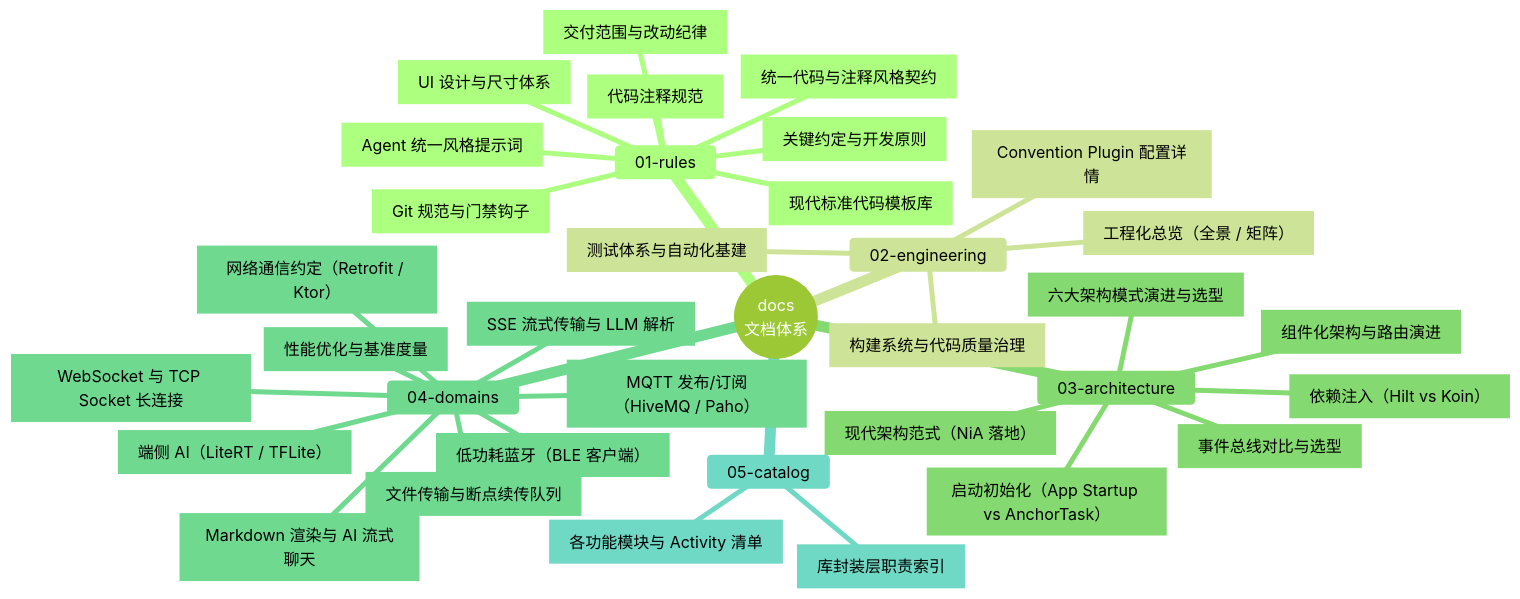
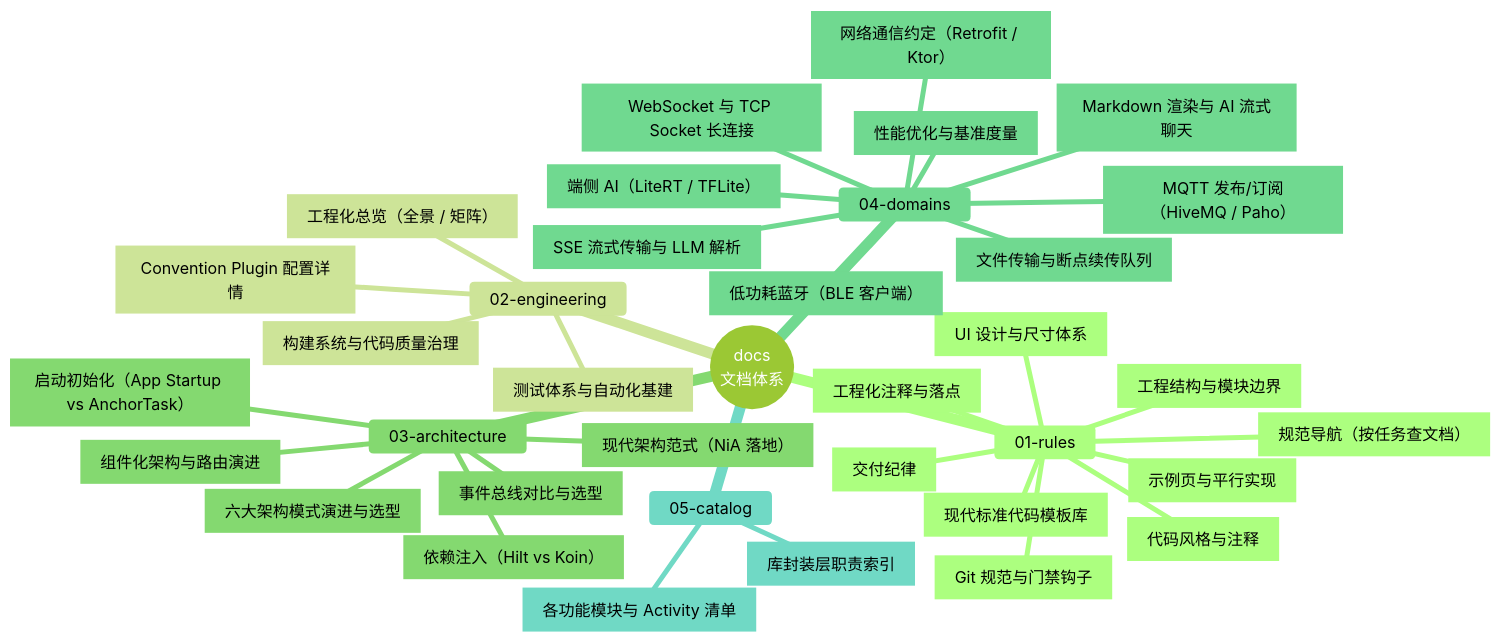
The diagram in docs/README.md (wuwei94/MyApplication), drawn with Mermaid (forest theme) before and after one commit. The commit also changed other lines of this file and 16 other files, not shown here.

````diff
--- a/docs/README.md
+++ b/docs/README.md
@@ -25,38 +25,39 @@
 ```mermaid
 mindmap
   root((docs<br/>文档体系))
     01-rules
-      STYLE.md["统一代码与注释风格契约"]
-      conventions.md["关键约定与开发原则"]
-      scope.md["交付范围与改动纪律"]
-      comments.md["代码注释规范"]
+      README.md["规范导航（按任务查文档）"]
+      delivery.md["交付纪律"]
+      structure.md["工程结构与模块边界"]
+      showcase.md["示例页与平行实现"]
+      style.md["代码风格与注释"]
+      engineering.md["工程化注释与落点"]
       templates.md["现代标准代码模板库"]
-      agent-style-prompt.md["Agent 统一风格提示词"]
       design.md["UI 设计与尺寸体系"]
       git.md["Git 规范与门禁钩子"]
     02-engineering
       engineering.md["工程化总览（全景 / 矩阵）"]
       engineering-build.md["构建系统与代码质量治理"]
       build-logic.md["Convention Plugin 配置详情"]
       testing.md["测试体系与自动化基建"]
     03-architecture
       architecture.md["六大架构模式演进与选型"]
       modularization.md["组件化架构与路由演进"]
       engineering-patterns.md["现代架构范式（NiA 落地）"]
       di.md["依赖注入（Hilt vs Koin）"]
       event.md["事件总线对比与选型"]
       startup.md["启动初始化（App Startup vs AnchorTask）"]
     04-domains
       network.md["网络通信约定（Retrofit / Ktor）"]
       transfer.md["文件传输与断点续传队列"]
       socket.md["WebSocket 与 TCP Socket 长连接"]
       sse.md["SSE 流式传输与 LLM 解析"]
       mqtt.md["MQTT 发布/订阅（HiveMQ / Paho）"]
       bluetooth.md["低功耗蓝牙（BLE 客户端）"]
       markdown.md["Markdown 渲染与 AI 流式聊天"]
       ml.md["端侧 AI（LiteRT / TFLite）"]
       performance.md["性能优化与基准度量"]
     05-catalog
       modules.md["各功能模块与 Activity 清单"]
       libs.md["库封装层职责索引"]
 ```
````
